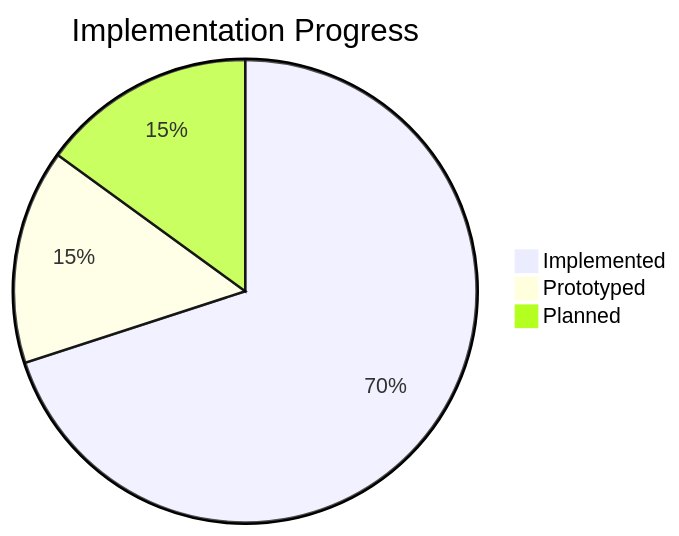
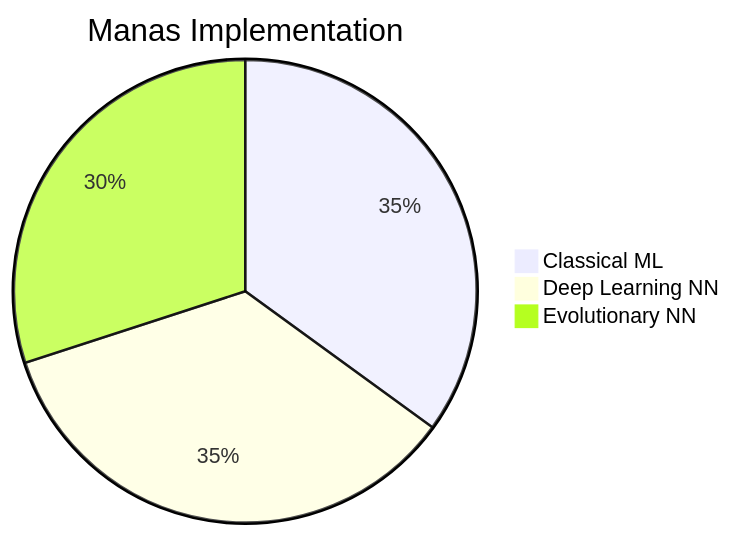
One commit to sp-mishra/pebble changed the second of 2 diagrams in docs/manas/manas.md. Above: the diagram before and after it, drawn with Mermaid. The commit also changed other lines of this file and 108 other files, not shown here.

````diff
--- a/docs/manas/manas.md
+++ b/docs/manas/manas.md
@@ -114,6 +296,6 @@
 ```mermaid
-pie title Implementation Progress
-    "Implemented" : 70
-    "Prototyped" : 15
-    "Planned" : 15
+pie title Manas Implementation
+    "Classical ML" : 35
+    "Deep Learning NN" : 35
+    "Evolutionary NN" : 30
 ```
````
